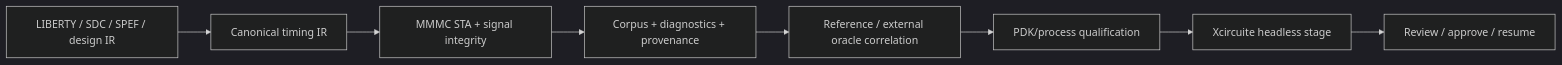
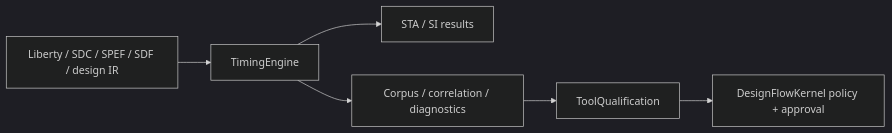
One commit to 1amageek/TimingEngine changed the first of 2 diagrams in README.md. Above: the diagram before and after it, drawn with Mermaid (dark theme). The commit also changed other lines of this file and 43 other files, not shown here.

Commit message:
Replace timing qualification with evidence assessment

````diff
--- a/README.md
+++ b/README.md
@@ -11,10 +7,8 @@
 ```mermaid
 flowchart LR
-    Inputs["LIBERTY / SDC / SPEF / design IR"] --> IR["Canonical timing IR"]
-    IR --> Analysis["MMMC STA + signal integrity"]
-    Analysis --> Evidence["Corpus + diagnostics + provenance"]
-    Evidence --> Oracle["Reference / external oracle correlation"]
-    Oracle --> Qualification["PDK/process qualification"]
-    Qualification --> Flow["Xcircuite headless stage"]
-    Flow --> Review["Review / approve / resume"]
+    Inputs["Liberty / SDC / SPEF / SDF / design IR"] --> Engine["TimingEngine"]
+    Engine --> Results["STA / SI results"]
+    Engine --> Evidence["Corpus / correlation / diagnostics"]
+    Evidence --> TQ["ToolQualification"]
+    TQ --> DFK["DesignFlowKernel policy + approval"]
 ```
````
